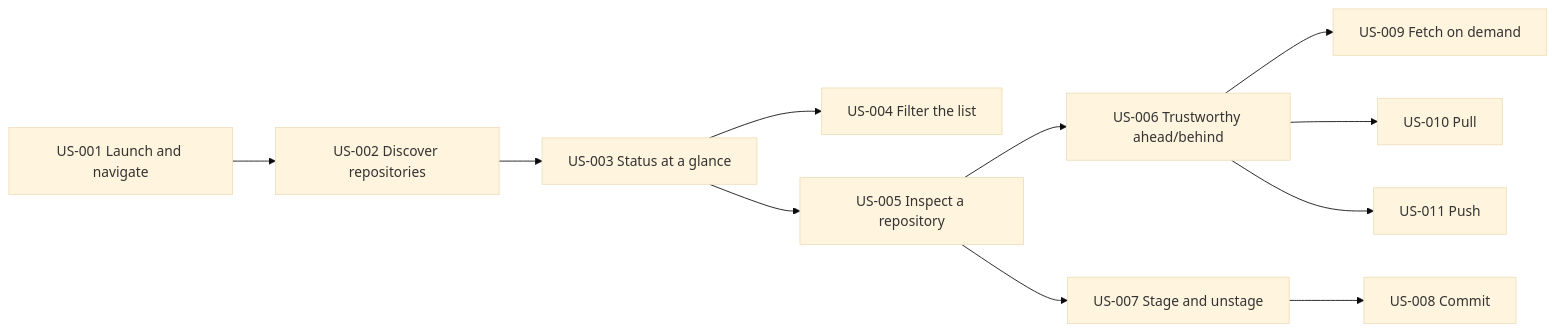
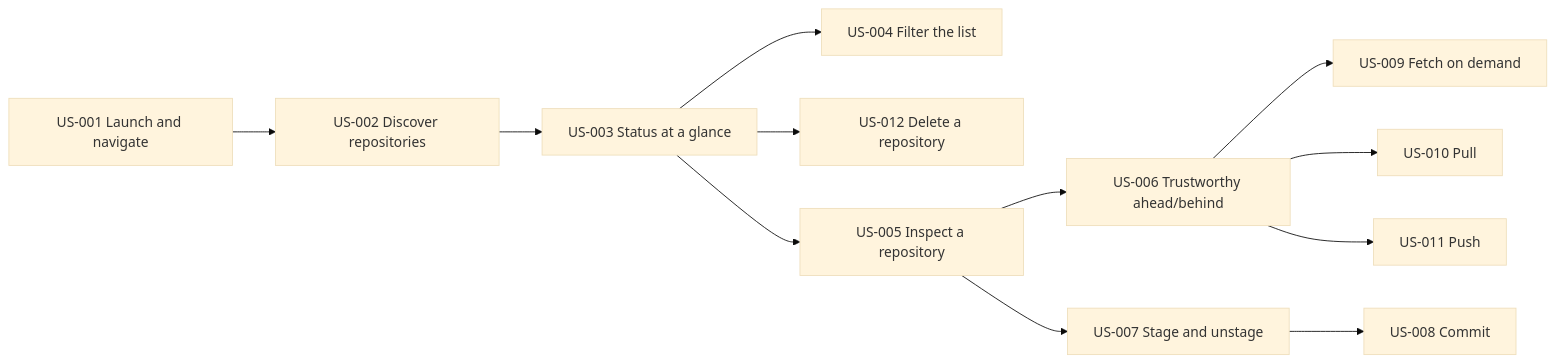
One commit to nachosag/git-station changed the diagram in docs/v1/BACKLOG.md. Above: the diagram before and after it, drawn with Mermaid (base theme). The commit also changed other lines of this file and 1 other file, not shown here.

First line of the commit message:
US-012: delete a repository from the list — new story and spec updates

````diff
--- a/docs/v1/BACKLOG.md
+++ b/docs/v1/BACKLOG.md
@@ -54,13 +56,14 @@
 ```mermaid
 graph LR
   US001[US-001 Launch and navigate] --> US002[US-002 Discover repositories]
   US002 --> US003[US-003 Status at a glance]
   US003 --> US004[US-004 Filter the list]
+  US003 --> US012[US-012 Delete a repository]
   US003 --> US005[US-005 Inspect a repository]
   US005 --> US006[US-006 Trustworthy ahead/behind]
   US005 --> US007[US-007 Stage and unstage]
   US007 --> US008[US-008 Commit]
   US006 --> US009[US-009 Fetch on demand]
   US006 --> US010[US-010 Pull]
   US006 --> US011[US-011 Push]
 ```
````
